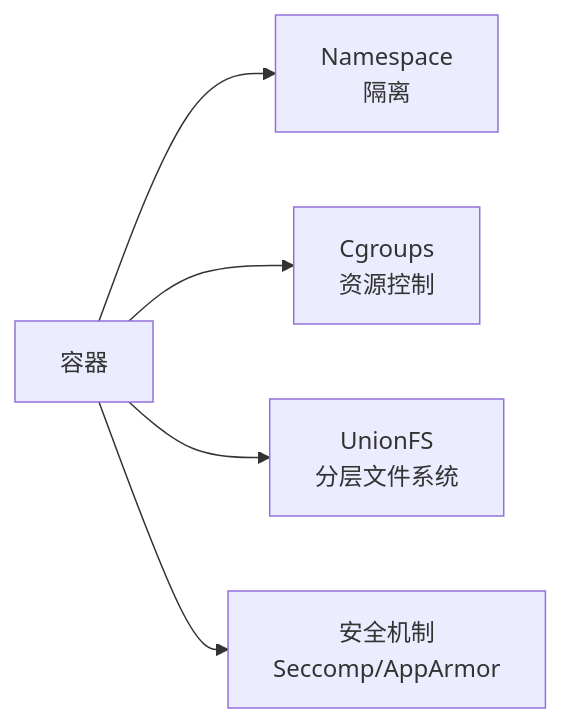
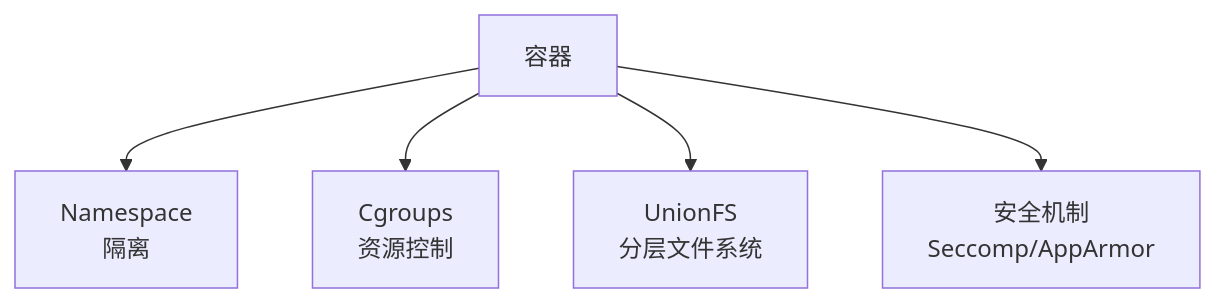
One commit to jpixy/jpixy.github.io changed the second of 9 diagrams in content/articles/linux/linux-31-Linux容器基础详解.md. Above: the diagram before and after it, drawn with Mermaid. The commit also changed other lines of this file and 51 other files, not shown here.

First line of the commit message:
feat: add 19 Linux tool deep-dive articles and fix Mermaid layouts

````diff
--- a/content/articles/linux/linux-31-Linux容器基础详解.md
+++ b/content/articles/linux/linux-31-Linux容器基础详解.md
@@ -58,7 +58,12 @@
 ```mermaid
-graph LR
-    CONTAINER[容器] --> NS[Namespace<br/>隔离]
-    CONTAINER --> CG[Cgroups<br/>资源控制]
-    CONTAINER --> UFS[UnionFS<br/>分层文件系统]
-    CONTAINER --> SEC[安全机制<br/>Seccomp/AppArmor]
+graph TB
+    CONTAINER[容器]
+    NS[Namespace<br/>隔离]
+    CG[Cgroups<br/>资源控制]
+    UFS[UnionFS<br/>分层文件系统]
+    SEC[安全机制<br/>Seccomp/AppArmor]
+    CONTAINER --> NS
+    CONTAINER --> CG
+    CONTAINER --> UFS
+    CONTAINER --> SEC
 ```
````
